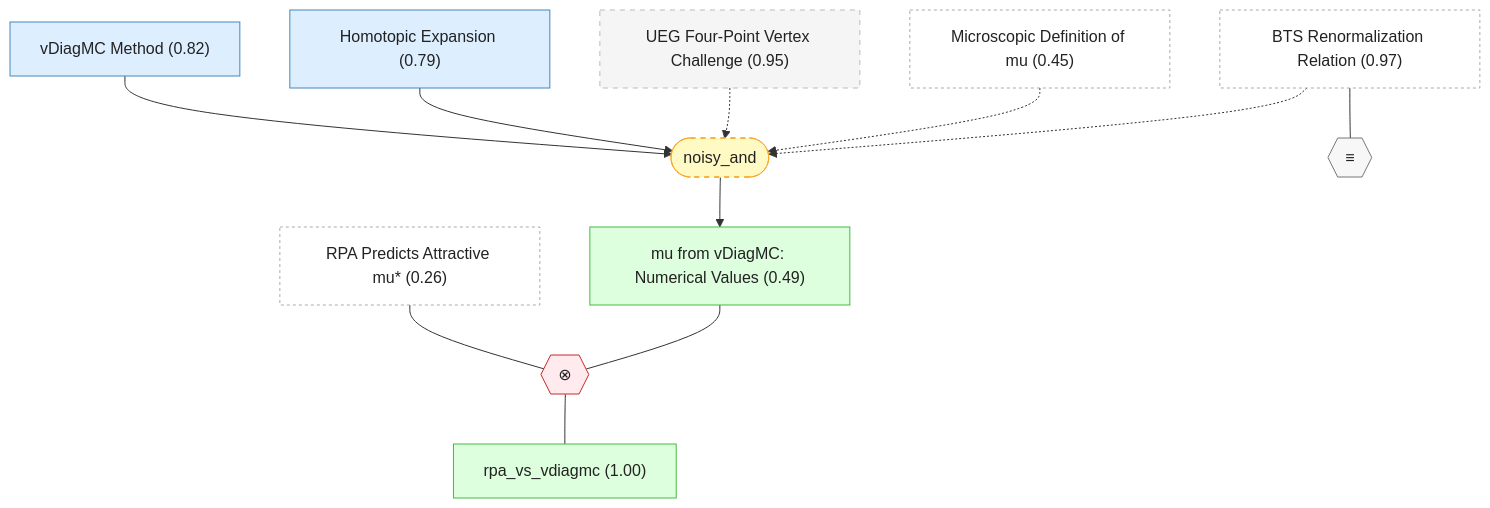
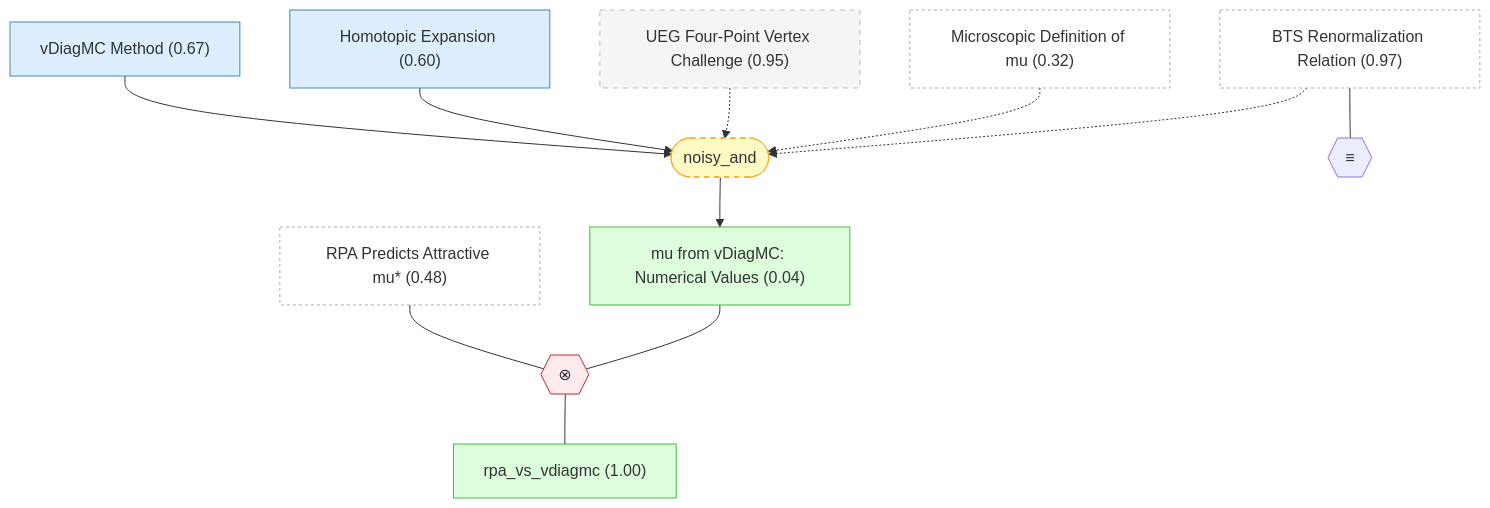
Before and after one commit to kunyuan/SuperconductivityElectronLiquids.gaia: the fourth of 6 diagrams in README.md, drawn with Mermaid. The commit also changed other lines of this file, not shown here.

Commit message:
docs: regenerate README with induction strategy

````diff
--- a/README.md
+++ b/README.md
@@ -514,36 +508,34 @@
 ```mermaid
 graph TD
     bts_renormalization["BTS Renormalization Relation (0.97)"]:::external
-    rpa_predicts_attractive_mu["RPA Predicts Attractive mu#ast; (0.26)"]:::external
-    mu_microscopic_definition["Microscopic Definition of mu (0.45)"]:::external
+    rpa_predicts_attractive_mu["RPA Predicts Attractive mu#ast; (0.48)"]:::external
+    mu_microscopic_definition["Microscopic Definition of mu (0.32)"]:::external
     ueg_vertex_challenge["UEG Four-Point Vertex Challenge (0.95)"]:::background
-    vdiagmc_method["vDiagMC Method (0.82)"]:::premise
-    homotopic_expansion["Homotopic Expansion (0.79)"]:::premise
-    mu_vdiagmc_values["mu from vDiagMC: Numerical Values (0.49)"]:::derived
+    vdiagmc_method["vDiagMC Method (0.67)"]:::premise
+    homotopic_expansion["Homotopic Expansion (0.60)"]:::premise
+    mu_vdiagmc_values["mu from vDiagMC: Numerical Values (0.04)"]:::derived
     rpa_vs_vdiagmc["rpa_vs_vdiagmc (1.00)"]:::derived
     strat_11(["noisy_and"]):::weak
     vdiagmc_method --> strat_11
     homotopic_expansion --> strat_11
     ueg_vertex_challenge -.-> strat_11
     mu_microscopic_definition -.-> strat_11
     bts_renormalization -.-> strat_11
     strat_11 --> mu_vdiagmc_values
-    oper_0{{"≡"}}:::operator
+    oper_0{{"≡"}}
     bts_renormalization --- oper_0
     oper_1{{"⊗"}}:::contra
     rpa_predicts_attractive_mu --- oper_1
     mu_vdiagmc_values --- oper_1
     oper_1 --- rpa_vs_vdiagmc
 
-    classDef setting fill:#f0f0f0,stroke:#999,color:#222
-    classDef premise fill:#ddeeff,stroke:#4488bb,color:#222
-    classDef derived fill:#ddffdd,stroke:#44bb44,color:#222
-    classDef question fill:#fff3dd,stroke:#cc9944,color:#222
-    classDef background fill:#f5f5f5,stroke:#bbb,stroke-dasharray: 5 5,color:#222
-    classDef orphan fill:#fff,stroke:#ccc,stroke-dasharray: 5 5,color:#222
-    classDef external fill:#fff,stroke:#aaa,stroke-dasharray: 3 3,color:#222
-    classDef strategy fill:#f7f7f7,stroke:#777,color:#222
-    classDef operator fill:#f7f7f7,stroke:#777,color:#222
-    classDef weak fill:#fff9c4,stroke:#f9a825,stroke-dasharray: 5 5,color:#222
-    classDef contra fill:#ffebee,stroke:#c62828,color:#222
+    classDef setting fill:#f0f0f0,stroke:#999,color:#333
+    classDef premise fill:#ddeeff,stroke:#4488bb,color:#333
+    classDef derived fill:#ddffdd,stroke:#44bb44,color:#333
+    classDef question fill:#fff3dd,stroke:#cc9944,color:#333
+    classDef background fill:#f5f5f5,stroke:#bbb,stroke-dasharray: 5 5,color:#333
+    classDef orphan fill:#fff,stroke:#ccc,stroke-dasharray: 5 5,color:#333
+    classDef external fill:#fff,stroke:#aaa,stroke-dasharray: 3 3,color:#333
+    classDef weak fill:#fff9c4,stroke:#f9a825,stroke-dasharray: 5 5,color:#333
+    classDef contra fill:#ffebee,stroke:#c62828,color:#333
 ```
````
